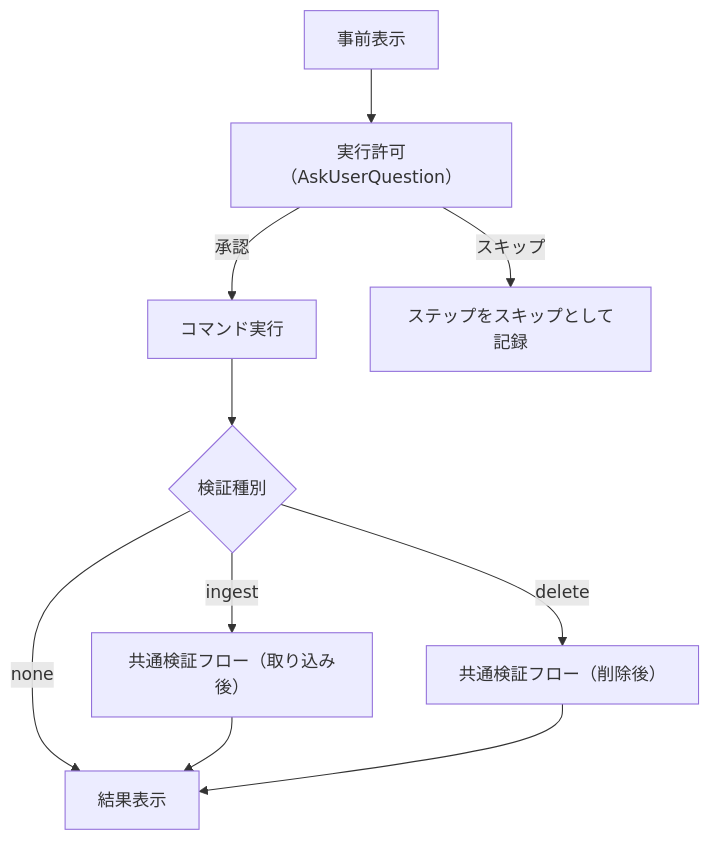
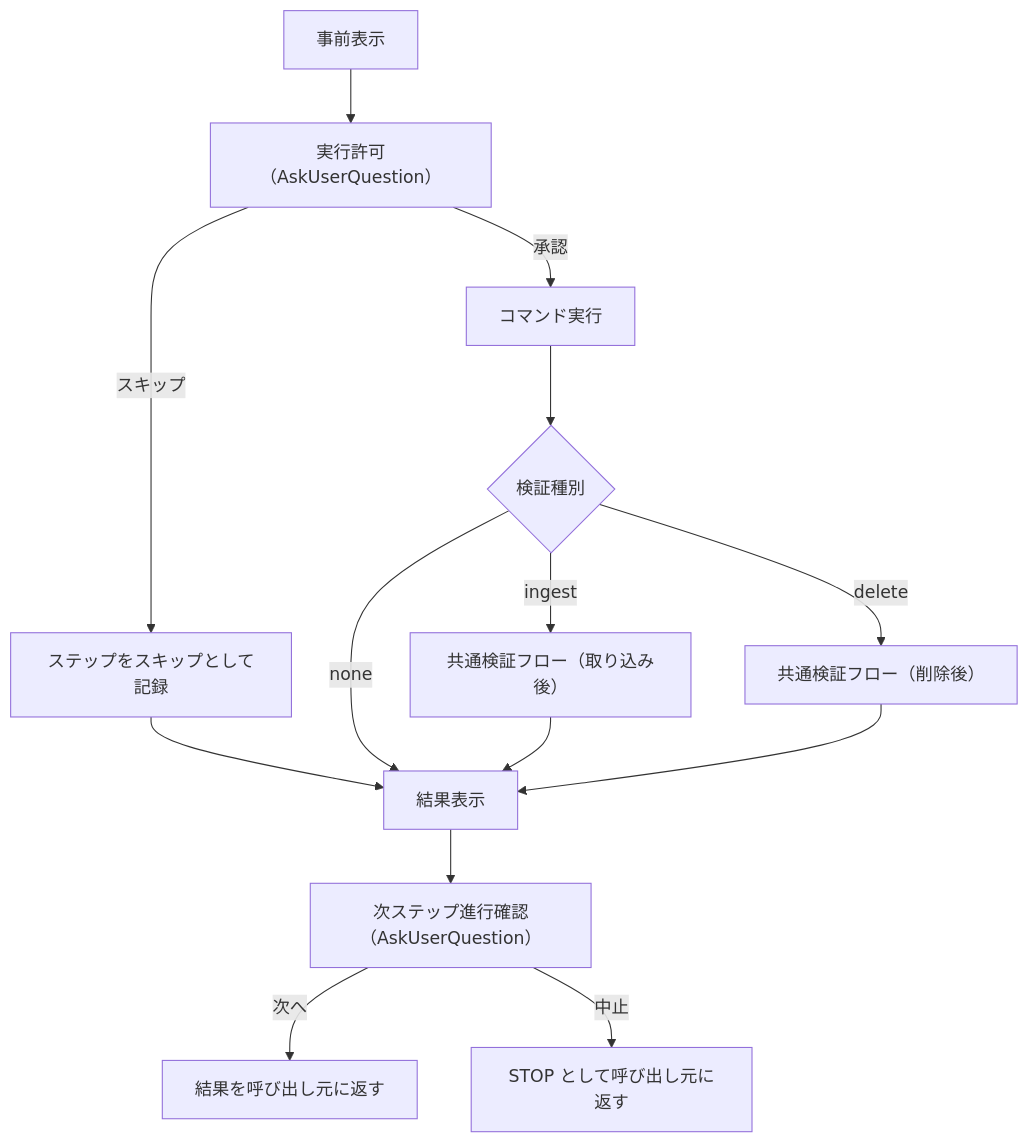
The diagram in docs/specs/agentic/skills/qa-execute-skill.md (becky3/rag-knowledge), drawn with Mermaid before and after one commit. The commit also changed other lines of this file and 3 other files, not shown here.

````diff
--- a/docs/specs/agentic/skills/qa-execute-skill.md
+++ b/docs/specs/agentic/skills/qa-execute-skill.md
@@ -46,12 +46,16 @@
 ```mermaid
 flowchart TD
     A["事前表示"] --> B["実行許可（AskUserQuestion）"]
     B -- 承認 --> C["コマンド実行"]
     B -- スキップ --> G["ステップをスキップとして記録"]
+    G --> H
     C --> D{検証種別}
     D -- ingest --> E["共通検証フロー（取り込み後）"]
     D -- delete --> F["共通検証フロー（削除後）"]
     D -- none --> H["結果表示"]
     E --> H
     F --> H
+    H --> I["次ステップ進行確認（AskUserQuestion）"]
+    I -- 次へ --> J["結果を呼び出し元に返す"]
+    I -- 中止 --> K["STOP として呼び出し元に返す"]
 ```
````
